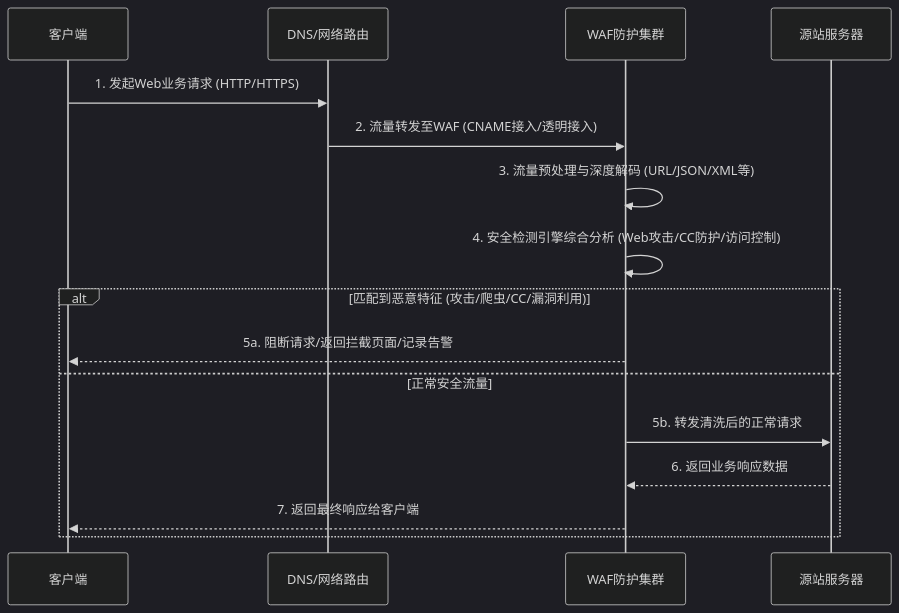
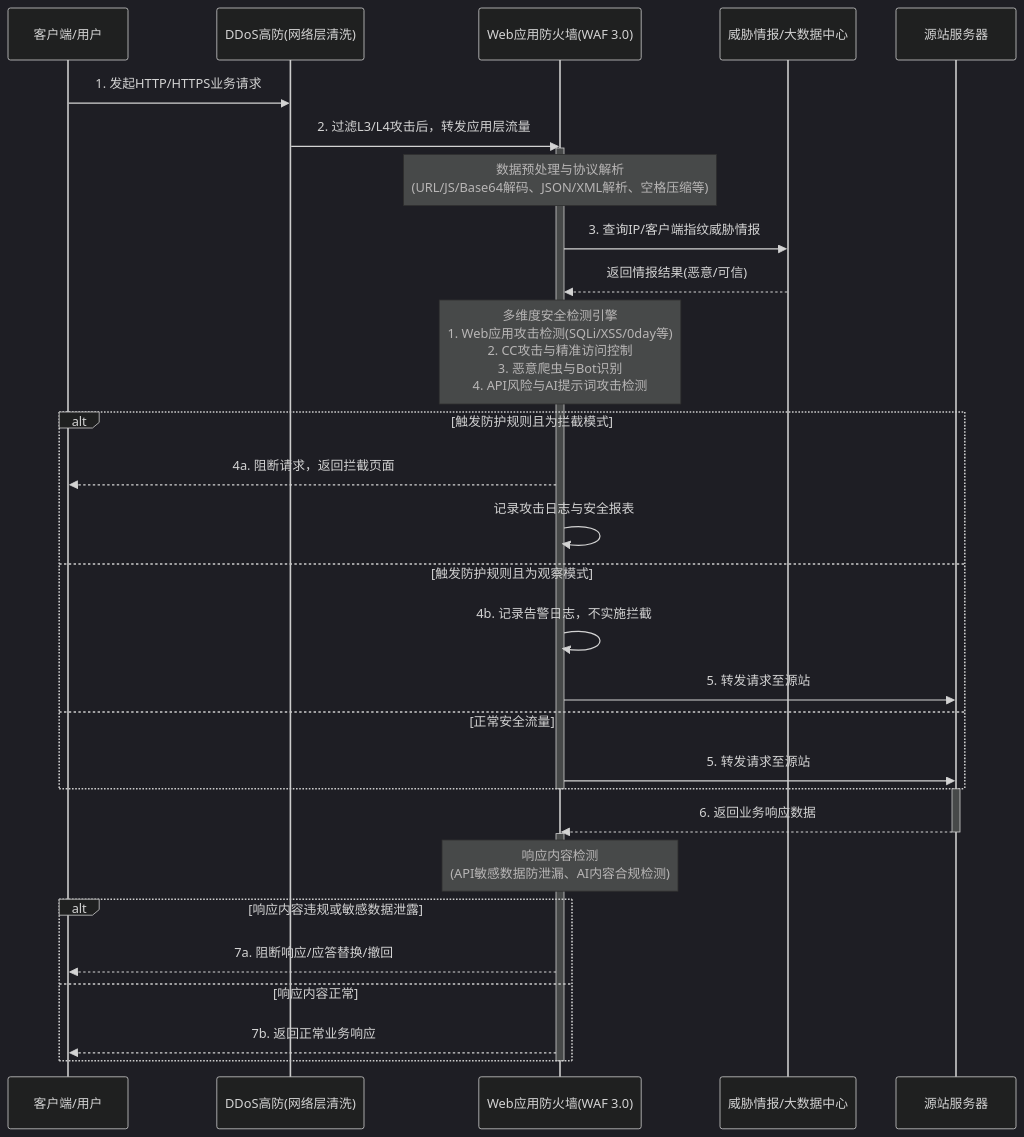
One commit to syj108/knowledge--base changed the diagram in pages/WAF/Web应用防火墙/产品对内文档/业务逻辑时序图.md. Above: the diagram before and after it, drawn with Mermaid (dark theme). The commit also changed other lines of this file and 7 other files, not shown here.

````diff
--- a/pages/WAF/Web应用防火墙/产品对内文档/业务逻辑时序图.md
+++ b/pages/WAF/Web应用防火墙/产品对内文档/业务逻辑时序图.md
@@ -5,21 +7,44 @@
 ```mermaid
 sequenceDiagram
-    participant 客户端
-    participant DNS/网络路由
-    participant WAF防护集群
-    participant 源站服务器
+    participant Client as 客户端/用户
+    participant DDoS as DDoS高防(网络层清洗)
+    participant WAF as Web应用防火墙(WAF 3.0)
+    participant TI as 威胁情报/大数据中心
+    participant Origin as 源站服务器
 
-    客户端->>DNS/网络路由: 1. 发起Web业务请求 (HTTP/HTTPS)
-    DNS/网络路由->>WAF防护集群: 2. 流量转发至WAF (CNAME接入/透明接入)
+    Client->>DDoS: 1. 发起HTTP/HTTPS业务请求
+    DDoS->>WAF: 2. 过滤L3/L4攻击后，转发应用层流量
+    activate WAF
     
-    WAF防护集群->>WAF防护集群: 3. 流量预处理与深度解码 (URL/JSON/XML等)
-    WAF防护集群->>WAF防护集群: 4. 安全检测引擎综合分析 (Web攻击/CC防护/访问控制)
+    Note over WAF: 数据预处理与协议解析<br/>(URL/JS/Base64解码、JSON/XML解析、空格压缩等)
     
-    alt 匹配到恶意特征 (攻击/爬虫/CC/漏洞利用)
-        WAF防护集群-->>客户端: 5a. 阻断请求/返回拦截页面/记录告警
+    WAF->>TI: 3. 查询IP/客户端指纹威胁情报
+    TI-->>WAF: 返回情报结果(恶意/可信)
+    
+    Note over WAF: 多维度安全检测引擎<br/>1. Web应用攻击检测(SQLi/XSS/0day等)<br/>2. CC攻击与精准访问控制<br/>3. 恶意爬虫与Bot识别<br/>4. API风险与AI提示词攻击检测
+
+    alt 触发防护规则且为拦截模式
+        WAF-->>Client: 4a. 阻断请求，返回拦截页面
+        WAF->>WAF: 记录攻击日志与安全报表
+    else 触发防护规则且为观察模式
+        WAF->>WAF: 4b. 记录告警日志，不实施拦截
+        WAF->>Origin: 5. 转发请求至源站
     else 正常安全流量
-        WAF防护集群->>源站服务器: 5b. 转发清洗后的正常请求
-        源站服务器-->>WAF防护集群: 6. 返回业务响应数据
-        WAF防护集群-->>客户端: 7. 返回最终响应给客户端
+        WAF->>Origin: 5. 转发请求至源站
     end
+    deactivate WAF
+    
+    activate Origin
+    Origin-->>WAF: 6. 返回业务响应数据
+    deactivate Origin
+    
+    activate WAF
+    Note over WAF: 响应内容检测<br/>(API敏感数据防泄漏、AI内容合规检测)
+    
+    alt 响应内容违规或敏感数据泄露
+        WAF-->>Client: 7a. 阻断响应/应答替换/撤回
+    else 响应内容正常
+        WAF-->>Client: 7b. 返回正常业务响应
+    end
+    deactivate WAF
 ```
````
